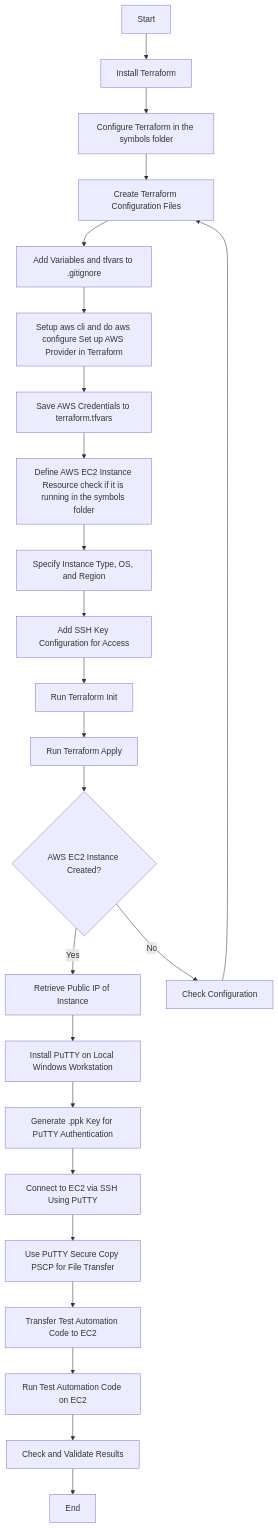
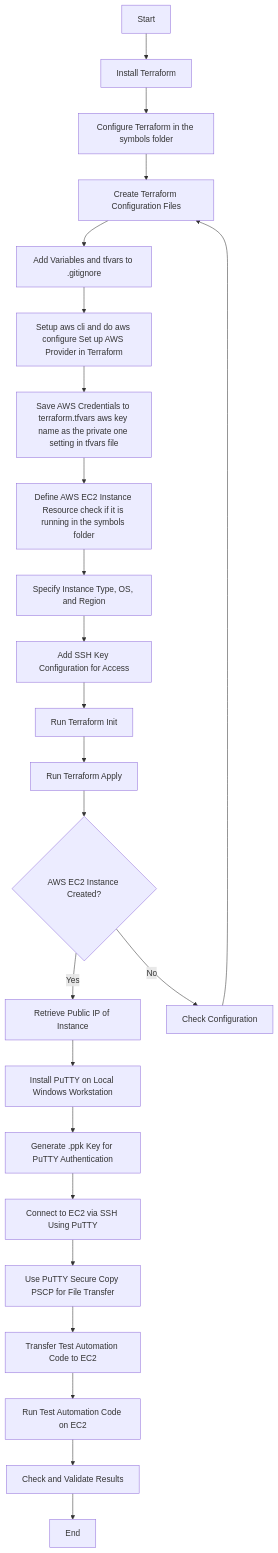
Before and after one commit to rifaterdemsahin/Putty: the diagram in Journey/roadmapLocal.md, drawn with Mermaid. The commit also changed 1 other file, not shown here.

Commit message:
Local Workstation Windows commit

````diff
--- a/Journey/roadmapLocal.md
+++ b/Journey/roadmapLocal.md
@@ -6,27 +6,27 @@
 ```mermaid
 graph TD
     A[Start] --> B[Install Terraform]
     B --> C[Configure Terraform in the symbols folder]
     C --> D[Create Terraform Configuration Files]
     D --> E[Add Variables and tfvars to .gitignore]
     E --> F[Setup aws cli and do aws configure Set up AWS Provider in Terraform]
-    F --> G[Save AWS Credentials to terraform.tfvars]
+    F --> G[Save AWS Credentials to terraform.tfvars aws key name as the private one setting in tfvars file]
     G --> H[Define AWS EC2 Instance Resource check if it is running in the symbols folder]
     H --> I[Specify Instance Type, OS, and Region]
     I --> J[Add SSH Key Configuration for Access]
     J --> K[Run Terraform Init]
     K --> L[Run Terraform Apply]
     L --> M{AWS EC2 Instance Created?}
     M -->|Yes| N[Retrieve Public IP of Instance]
     M -->|No| Z[Check Configuration]
     N --> O[Install PuTTY on Local Windows Workstation]
     O --> P[Generate .ppk Key for PuTTY Authentication]
     P --> Q[Connect to EC2 via SSH Using PuTTY]
     Q --> R[Use PuTTY Secure Copy PSCP for File Transfer]
     R --> S[Transfer Test Automation Code to EC2]
     S --> T[Run Test Automation Code on EC2]
     T --> U[Check and Validate Results]
     U --> V[End]
 
     Z --> D
 ```
````
